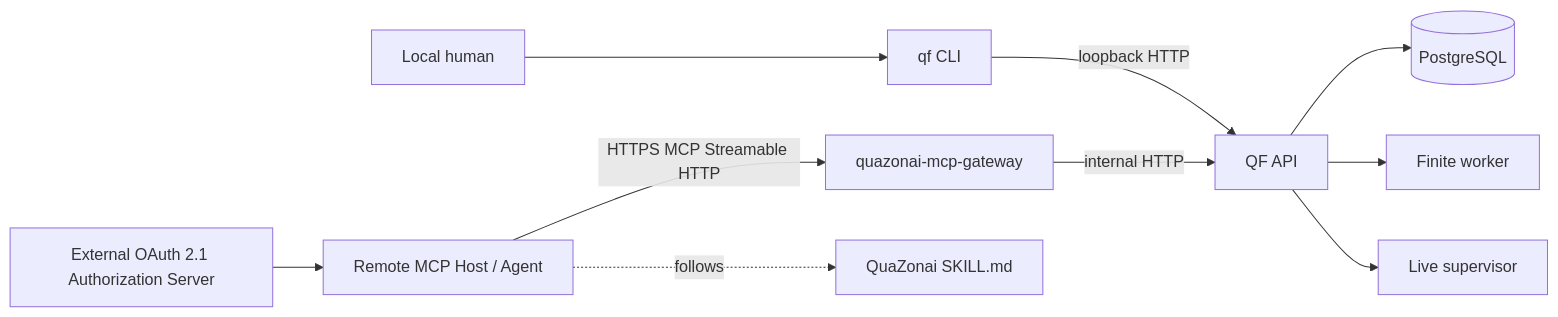
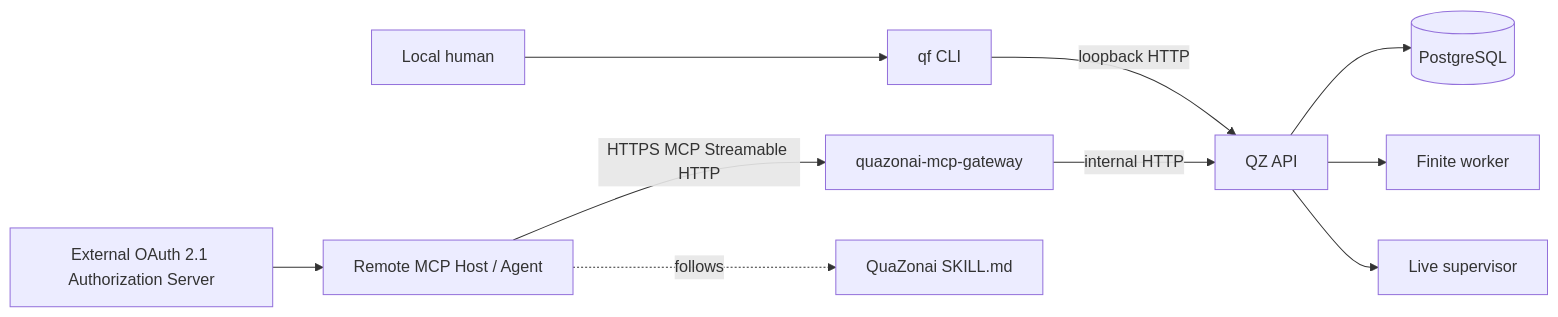
Before and after one commit to zhengui666/QuaZonai: the diagram in CLI.md, drawn with Mermaid. The commit also changed other lines of this file and 18 other files, not shown here.

````diff
--- a/CLI.md
+++ b/CLI.md
@@ -113,15 +113,15 @@
 ```mermaid
 flowchart LR
     H[Local human] --> CLI[qf CLI]
-    CLI -->|loopback HTTP| API[QF API]
+    CLI -->|loopback HTTP| API[QZ API]
 
     A[Remote MCP Host / Agent] -->|HTTPS MCP Streamable HTTP| GW[quazonai-mcp-gateway]
     AS[External OAuth 2.1 Authorization Server] --> A
     GW -->|internal HTTP| API
 
     API --> DB[(PostgreSQL)]
     API --> FW[Finite worker]
     API --> LS[Live supervisor]
 
     A -. follows .-> SK[QuaZonai SKILL.md]
 ```
````
